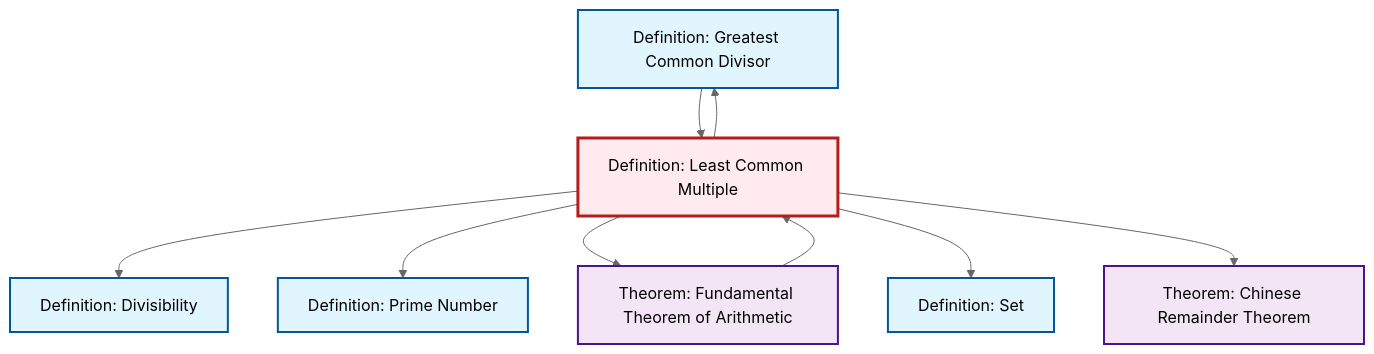
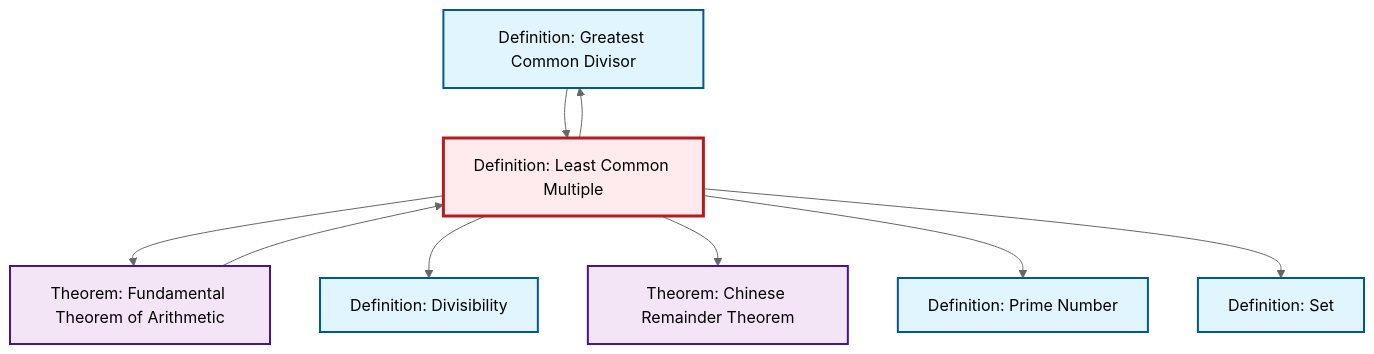
Before and after one commit to RK0429/ModernMath: the diagram in content/en/number-theory/def-lcm.qmd, drawn with Mermaid (neutral theme). The commit also changed other lines of this file and 654 other files, not shown here.

````diff
--- a/content/en/number-theory/def-lcm.qmd
+++ b/content/en/number-theory/def-lcm.qmd
@@ -83,31 +83,31 @@
 ```{mermaid}
 %%| fig-cap: "Local dependency graph"
 graph TD
     classDef definition fill:#e1f5fe,stroke:#01579b,stroke-width:2px
     classDef theorem fill:#f3e5f5,stroke:#4a148c,stroke-width:2px
     classDef axiom fill:#fff3e0,stroke:#e65100,stroke-width:2px
     classDef example fill:#e8f5e9,stroke:#1b5e20,stroke-width:2px
     classDef current fill:#ffebee,stroke:#b71c1c,stroke-width:3px
+    thm-chinese-remainder["Theorem: Chinese Remainder Theorem"]:::theorem
+    def-set["Definition: Set"]:::definition
     def-gcd["Definition: Greatest Common Divisor"]:::definition
+    def-divisibility["Definition: Divisibility"]:::definition
+    thm-fundamental-arithmetic["Theorem: Fundamental Theorem of Arithmetic"]:::theorem
     def-lcm["Definition: Least Common Multiple"]:::definition
-    thm-fundamental-arithmetic["Theorem: Fundamental Theorem of Arithmetic"]:::theorem
-    def-divisibility["Definition: Divisibility"]:::definition
-    thm-chinese-remainder["Theorem: Chinese Remainder Theorem"]:::theorem
     def-prime["Definition: Prime Number"]:::definition
-    def-set["Definition: Set"]:::definition
+    def-gcd --> def-lcm
+    def-lcm --> thm-fundamental-arithmetic
+    def-lcm --> def-divisibility
+    def-lcm --> thm-chinese-remainder
+    def-lcm --> def-gcd
+    def-lcm --> def-prime
+    def-lcm --> def-set
     thm-fundamental-arithmetic --> def-lcm
-    def-lcm --> def-divisibility
-    def-lcm --> def-prime
-    def-lcm --> thm-fundamental-arithmetic
-    def-lcm --> def-gcd
-    def-lcm --> def-set
-    def-gcd --> def-lcm
-    def-lcm --> thm-chinese-remainder
     class def-lcm current
+    click thm-chinese-remainder "thm-chinese-remainder.html" "Go to Chinese Remainder Theorem theorem"
+    click def-set "def-set.html" "Go to Set definition"
     click def-gcd "def-gcd.html" "Go to Greatest Common Divisor definition"
+    click def-divisibility "def-divisibility.html" "Go to Divisibility definition"
     click thm-fundamental-arithmetic "thm-fundamental-arithmetic.html" "Go to Fundamental Theorem of Arithmetic theorem"
-    click def-divisibility "def-divisibility.html" "Go to Divisibility definition"
-    click thm-chinese-remainder "thm-chinese-remainder.html" "Go to Chinese Remainder Theorem theorem"
     click def-prime "def-prime.html" "Go to Prime Number definition"
-    click def-set "def-set.html" "Go to Set definition"
 ```
````
